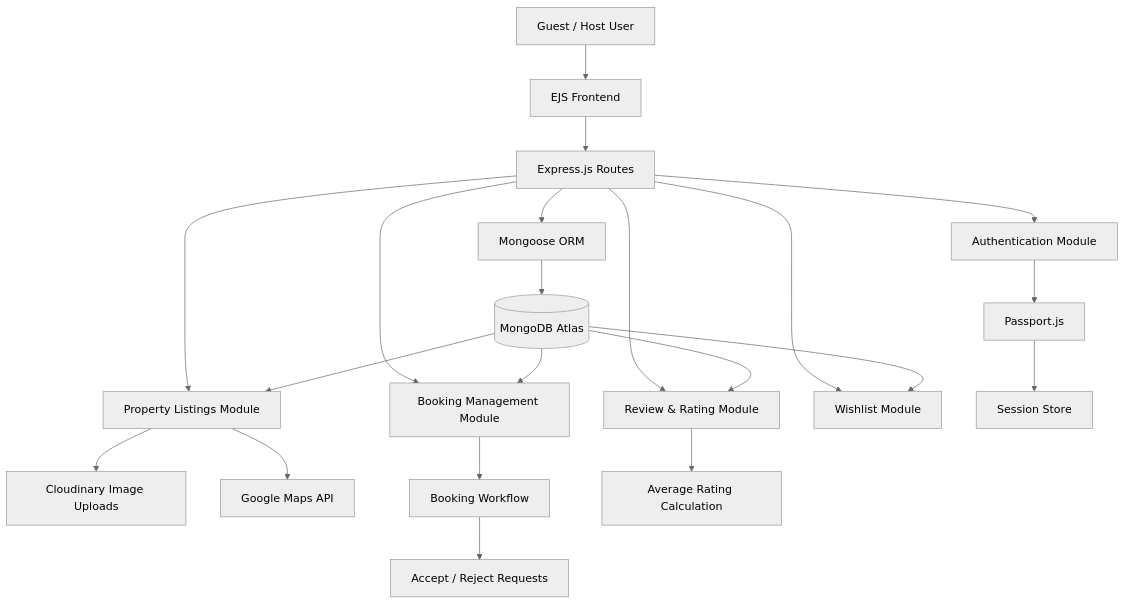
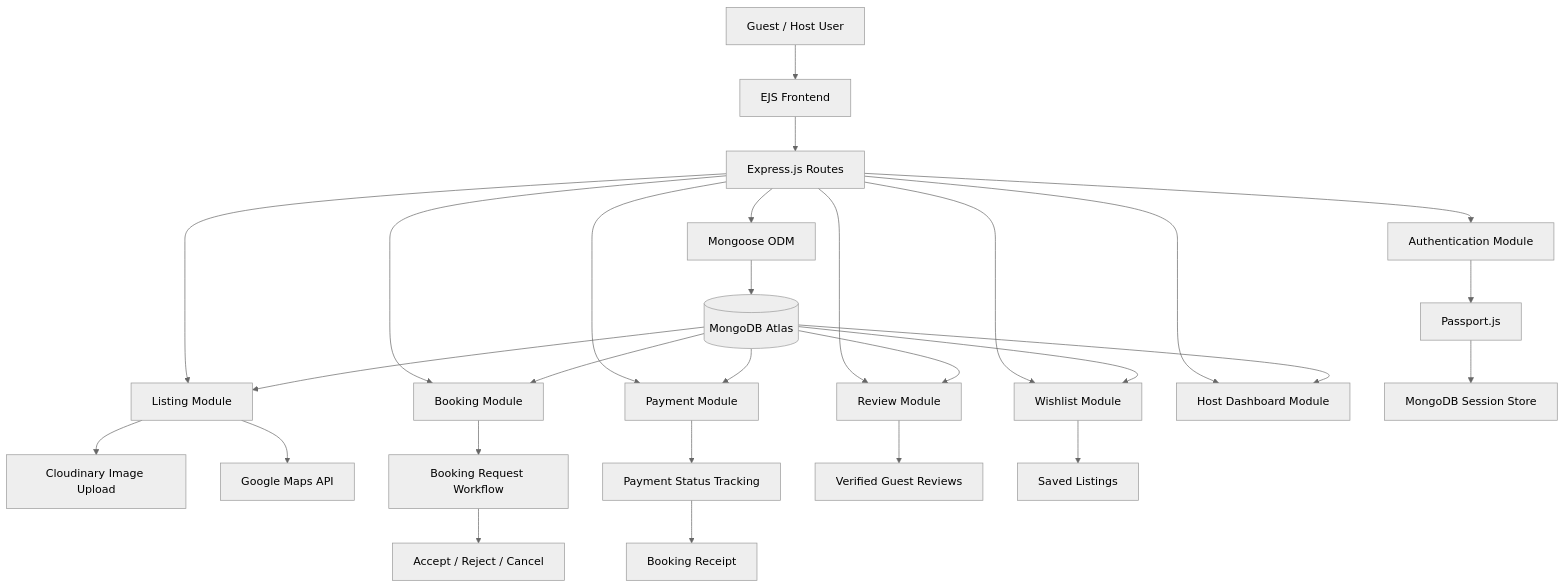
Before and after one commit to hariom-p1306/AirBnb-Full-Stack-Project-: the diagram in README.md, drawn with Mermaid (neutral theme). The commit also changed other lines of this file, not shown here.

````diff
--- a/README.md
+++ b/README.md
@@ -139,33 +205,39 @@
 ```mermaid
 flowchart TD
 
     A[Guest / Host User] --> B[EJS Frontend]
-
     B --> C[Express.js Routes]
 
     C --> D[Authentication Module]
-    C --> E[Property Listings Module]
-    C --> F[Booking Management Module]
-    C --> G[Review & Rating Module]
-    C --> H[Wishlist Module]
+    C --> E[Listing Module]
+    C --> F[Booking Module]
+    C --> G[Payment Module]
+    C --> H[Review Module]
+    C --> I[Wishlist Module]
+    C --> J[Host Dashboard Module]
 
-    D --> I[Passport.js]
-    I --> J[Session Store]
+    D --> K[Passport.js]
+    K --> L[MongoDB Session Store]
 
-    E --> K[Cloudinary Image Uploads]
-    E --> L[Google Maps API]
+    E --> M[Cloudinary Image Upload]
+    E --> N[Google Maps API]
 
-    F --> M[Booking Workflow]
-    M --> N[Accept / Reject Requests]
+    F --> O[Booking Request Workflow]
+    O --> P[Accept / Reject / Cancel]
 
-    G --> O[Average Rating Calculation]
+    G --> Q[Payment Status Tracking]
+    Q --> R[Booking Receipt]
 
-    C --> P[Mongoose ORM]
+    H --> S[Verified Guest Reviews]
+    I --> T[Saved Listings]
 
-    P --> Q[(MongoDB Atlas)]
+    C --> U[Mongoose ODM]
+    U --> V[(MongoDB Atlas)]
 
-    Q --> E
-    Q --> F
-    Q --> G
-    Q --> H
+    V --> E
+    V --> F
+    V --> G
+    V --> H
+    V --> I
+    V --> J
 ```
````
